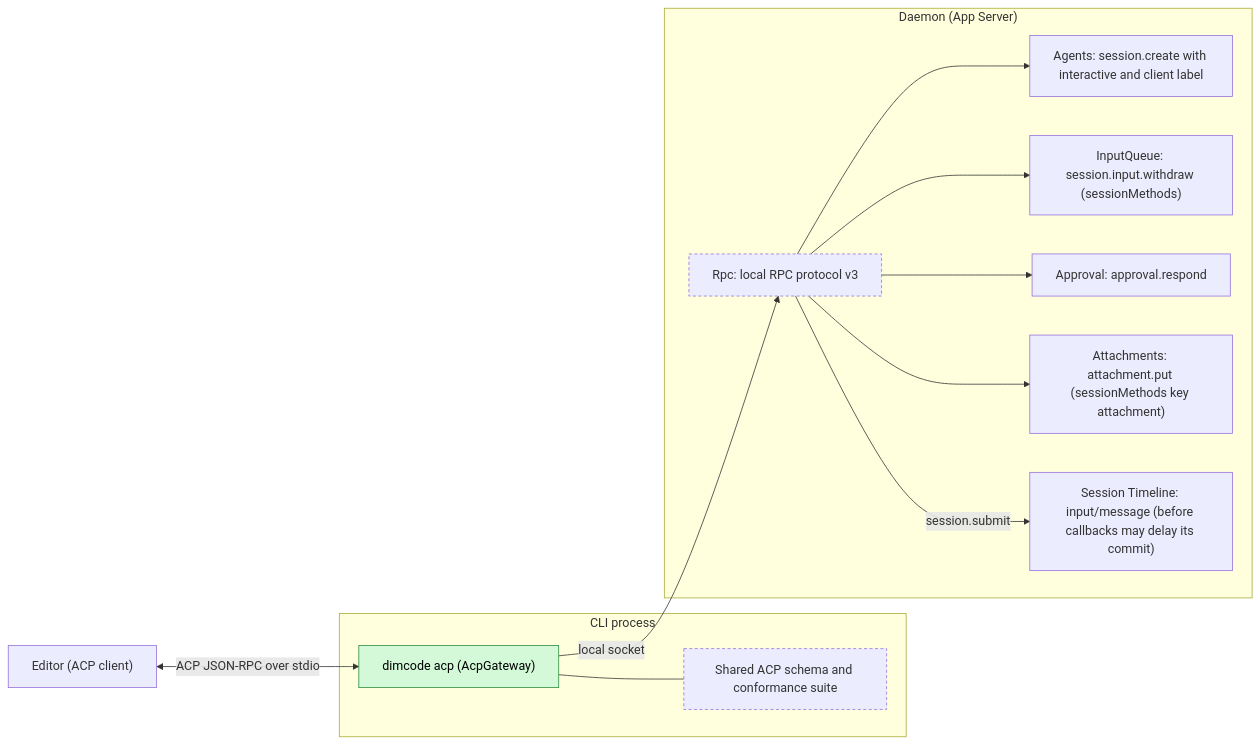
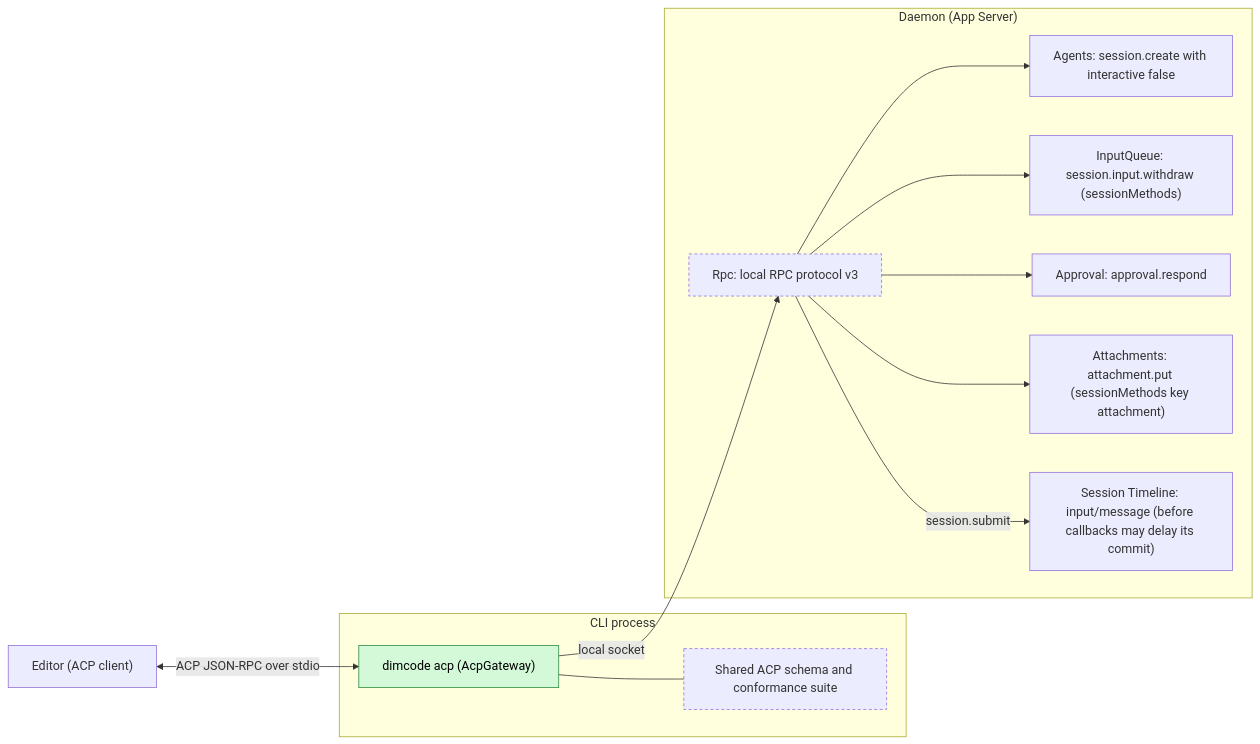
The first of 5 diagrams in docs/design/plugins/AcpGateway.md (CoutinhoTTS/dim-agent), drawn with Mermaid before and after one commit. The commit also changed other lines of this file and 27 other files, not shown here.

````diff
--- a/docs/design/plugins/AcpGateway.md
+++ b/docs/design/plugins/AcpGateway.md
@@ -11,26 +11,26 @@
 ```mermaid
 flowchart LR
   classDef new fill:#d3f9d8,stroke:#2b8a3e,color:#000
   classDef contract stroke-dasharray:4 3
   Editor["Editor (ACP client)"]
   subgraph cli["CLI process"]
     GW["dimcode acp (AcpGateway)"]:::new
     Schema["Shared ACP schema and conformance suite"]:::contract
   end
   subgraph daemon["Daemon (App Server)"]
     Rpc["Rpc: local RPC protocol v3"]:::contract
-    Agents["Agents: session.create with interactive and client label"]
+    Agents["Agents: session.create with interactive false"]
     IQ["InputQueue: session.input.withdraw (sessionMethods)"]
     Appr["Approval: approval.respond"]
     Att["Attachments: attachment.put (sessionMethods key attachment)"]
     TLD["Session Timeline: input/message (before callbacks may delay its commit)"]
   end
   Editor <-->|"ACP JSON-RPC over stdio"| GW
   GW --- Schema
   GW -->|"local socket"| Rpc
   Rpc --> Agents
   Rpc --> IQ
   Rpc --> Appr
   Rpc --> Att
   Rpc -->|"session.submit"| TLD
 ```
````
